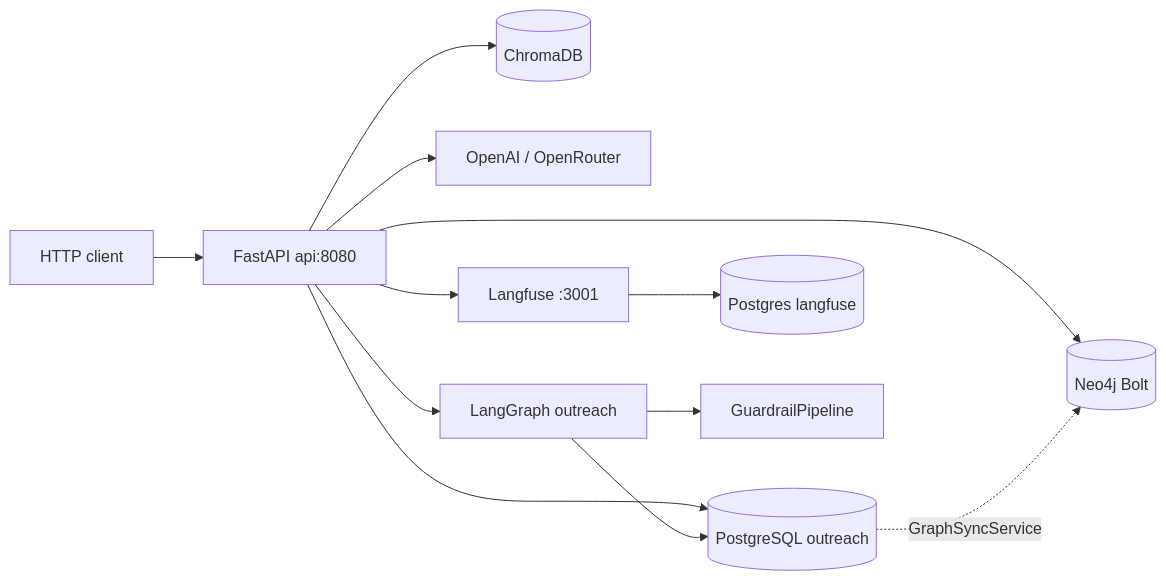
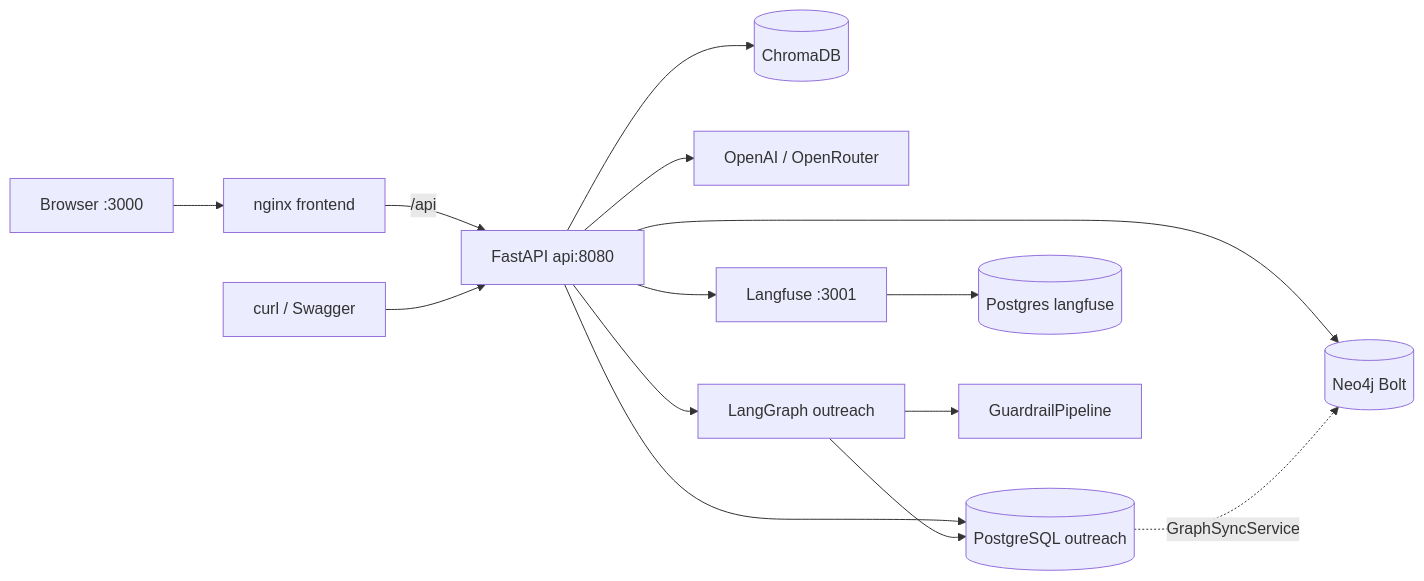
One commit to KirillUnity/outreach-ai-corte changed the diagram in docs/ARCHITECTURE.md. Above: the diagram before and after it, drawn with Mermaid. The commit also changed other lines of this file and 36 other files, not shown here.

Commit message:
[FRONTEND] Day 13: React dashboard, companies/persons pages, Neo4j graph visualization

````diff
--- a/docs/ARCHITECTURE.md
+++ b/docs/ARCHITECTURE.md
@@ -5,14 +5,16 @@
 ```mermaid
 flowchart LR
-  Client[HTTP client] --> API[FastAPI api:8080]
+  Browser[Browser :3000] --> FE[nginx frontend]
+  FE -->|/api| API[FastAPI api:8080]
+  Client[curl / Swagger] --> API
   API --> PG[(PostgreSQL outreach)]
   API --> Chroma[(ChromaDB)]
   API --> Neo[(Neo4j Bolt)]
   API --> LLM[OpenAI / OpenRouter]
   API --> LF[Langfuse :3001]
   LF --> LFdb[(Postgres langfuse)]
   API --> Agent[LangGraph outreach]
   Agent --> Guards[GuardrailPipeline]
   Agent --> PG
   PG -.->|GraphSyncService| Neo
 ```
````
